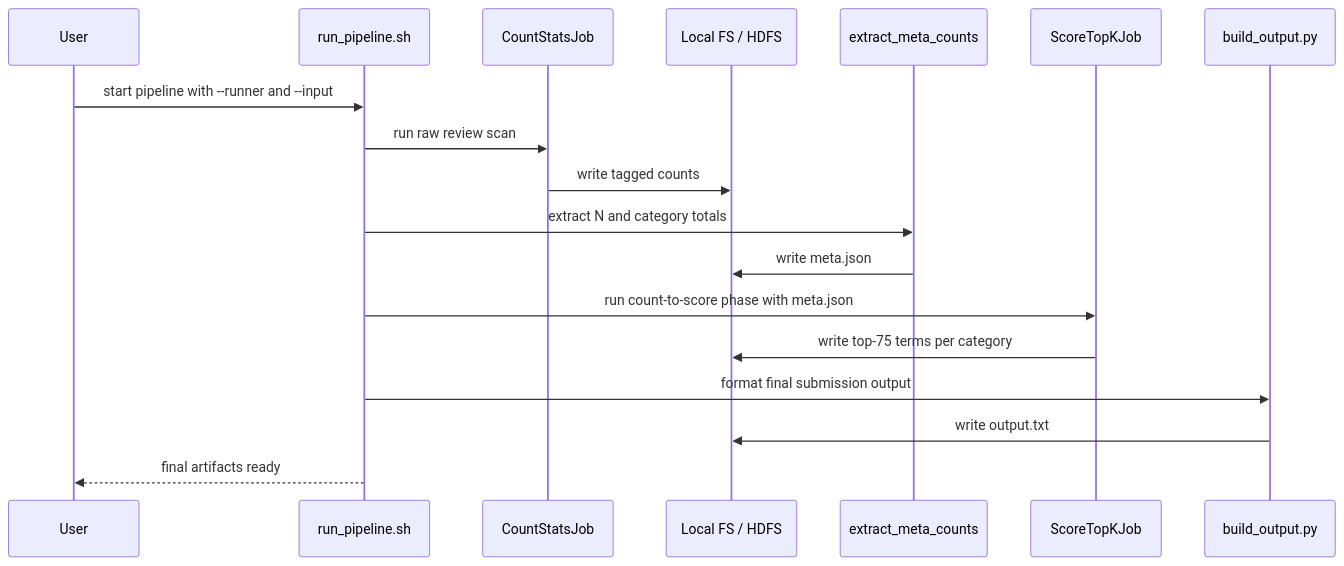
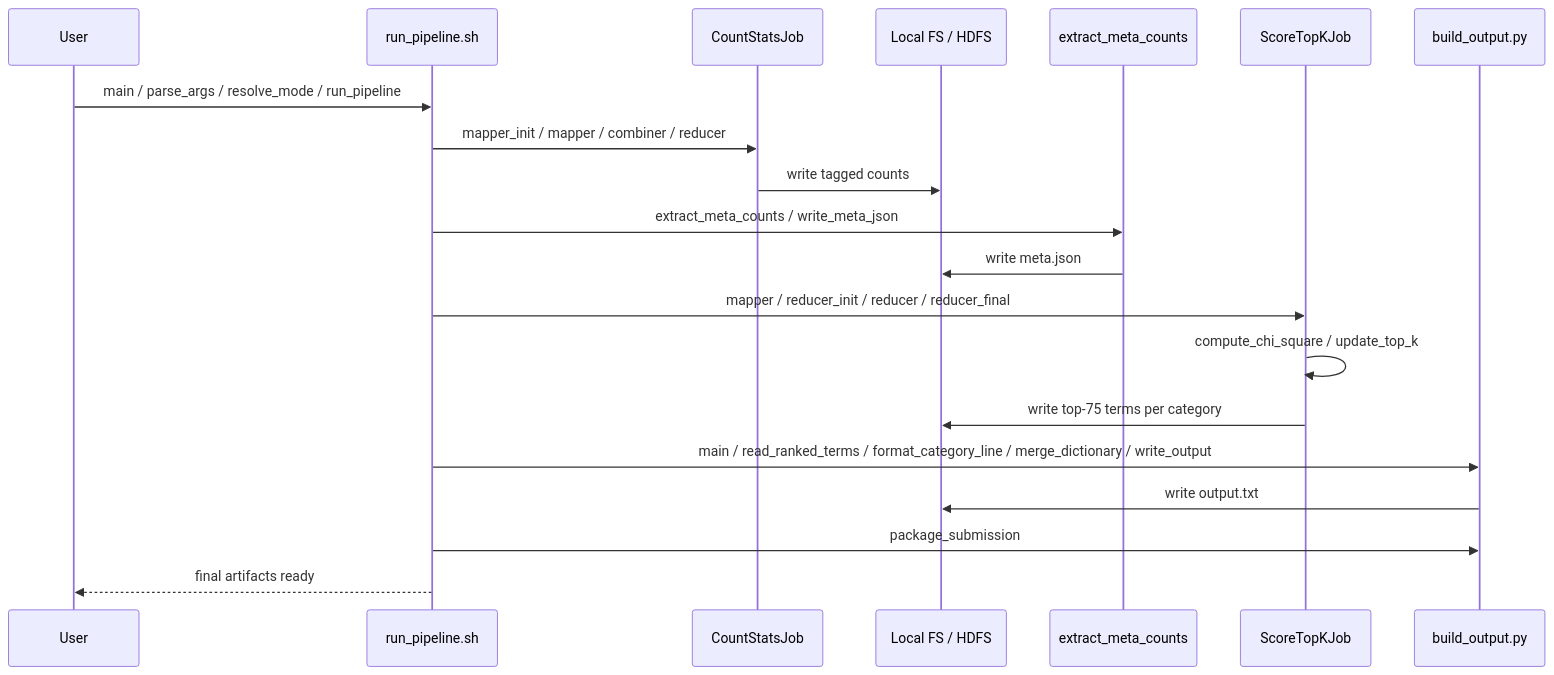
One commit to eetomilin-ops/Data-intensive-Computing-2026 changed the first of 2 diagrams in Task1/requirements/arch.md. Above: the diagram before and after it, drawn with Mermaid. The commit also changed other lines of this file, not shown here.

````diff
--- a/Task1/requirements/arch.md
+++ b/Task1/requirements/arch.md
@@ -39,21 +39,23 @@
 ```mermaid
 sequenceDiagram
     participant Usr as User
     participant Runner as run_pipeline.sh
     participant Count as CountStatsJob
     participant Store as Local FS / HDFS
     participant Meta as extract_meta_counts
     participant Score as ScoreTopKJob
     participant Build as build_output.py
 
-    Usr->>Runner: start pipeline with --runner and --input
-    Runner->>Count: run raw review scan
+    Usr->>Runner: main / parse_args / resolve_mode / run_pipeline
+    Runner->>Count: mapper_init / mapper / combiner / reducer
     Count->>Store: write tagged counts
-    Runner->>Meta: extract N and category totals
+    Runner->>Meta: extract_meta_counts / write_meta_json
     Meta->>Store: write meta.json
-    Runner->>Score: run count-to-score phase with meta.json
+    Runner->>Score: mapper / reducer_init / reducer / reducer_final
+    Score->>Score: compute_chi_square / update_top_k
     Score->>Store: write top-75 terms per category
-    Runner->>Build: format final submission output
+    Runner->>Build: main / read_ranked_terms / format_category_line / merge_dictionary / write_output
     Build->>Store: write output.txt
+    Runner->>Build: package_submission
     Runner-->>Usr: final artifacts ready
 ```
````
